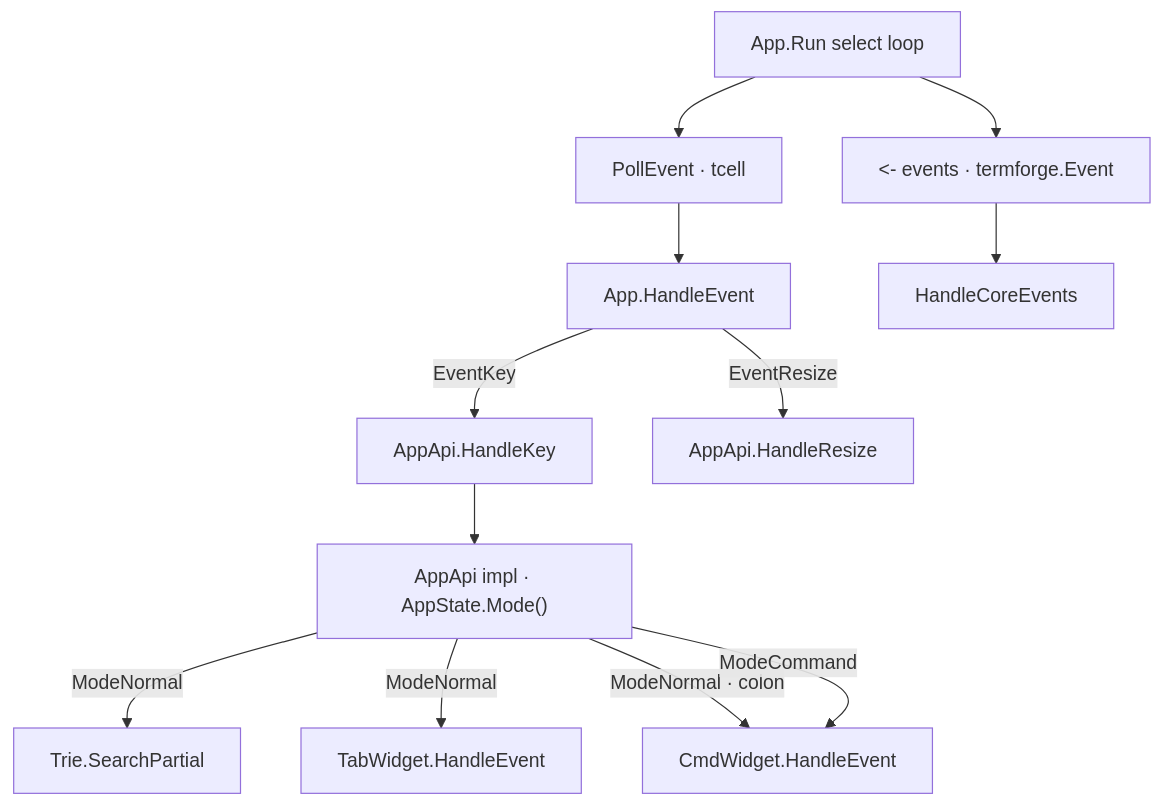
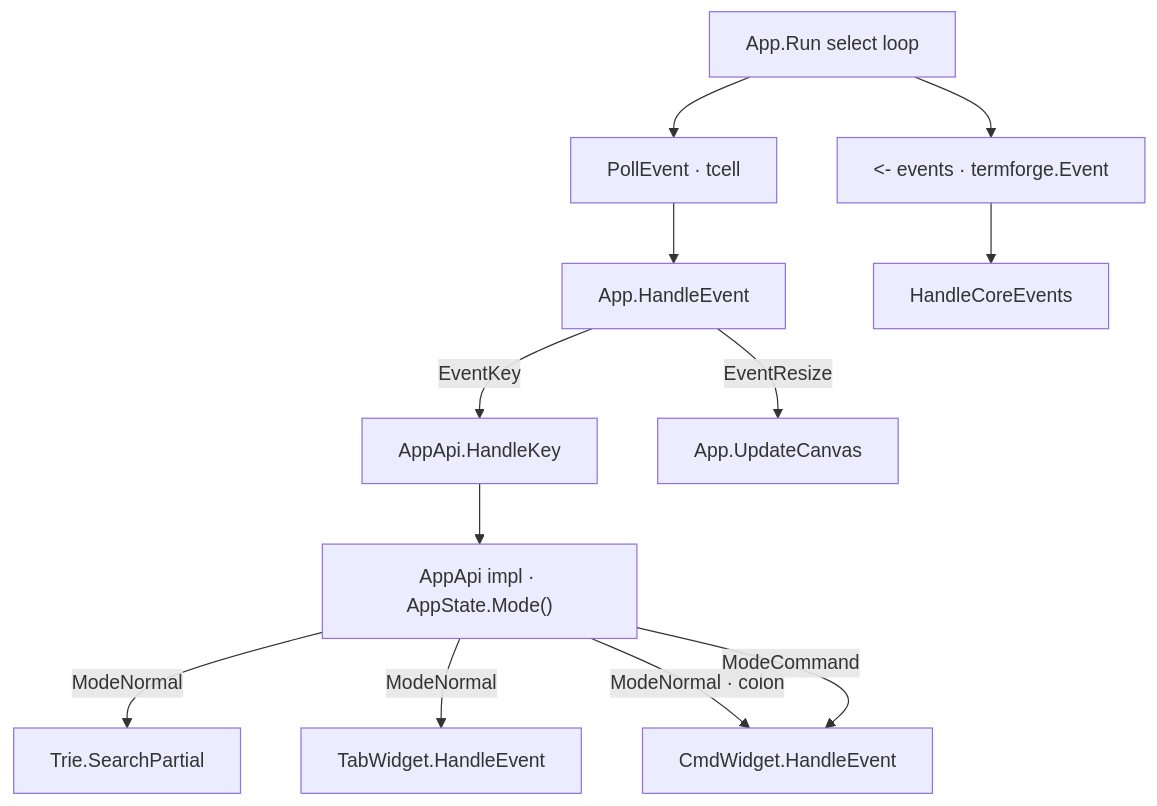
The diagram in docs/diagrams/input_routing.mermaid (yairgd/termforge), drawn with Mermaid before and after one commit. The commit also changed 16 other files, not shown here.

```diff
--- a/docs/diagrams/input_routing.mermaid
+++ b/docs/diagrams/input_routing.mermaid
@@ -1,23 +1,23 @@
 flowchart TB
     Select["App.Run select loop"]
     Poll["PollEvent · tcell"]
     Bus["<- events · termforge.Event"]
     TermHandler["App.HandleEvent"]
     HandleKey["AppApi.HandleKey"]
-    HandleResize["AppApi.HandleResize"]
+    Resize["App.UpdateCanvas"]
     Router["AppApi impl · AppState.Mode()"]
     Trie["Trie.SearchPartial"]
     Tab["TabWidget.HandleEvent"]
     Cmd["CmdWidget.HandleEvent"]
     Core["HandleCoreEvents"]
 
     Select --> Poll
     Select --> Bus
     Poll --> TermHandler
     TermHandler -->|"EventKey"| HandleKey --> Router
-    TermHandler -->|"EventResize"| HandleResize
+    TermHandler -->|"EventResize"| Resize
     Router -->|"ModeNormal"| Trie
     Router -->|"ModeNormal"| Tab
     Router -->|"ModeNormal · colon"| Cmd
     Router -->|"ModeCommand"| Cmd
     Bus --> Core
```
